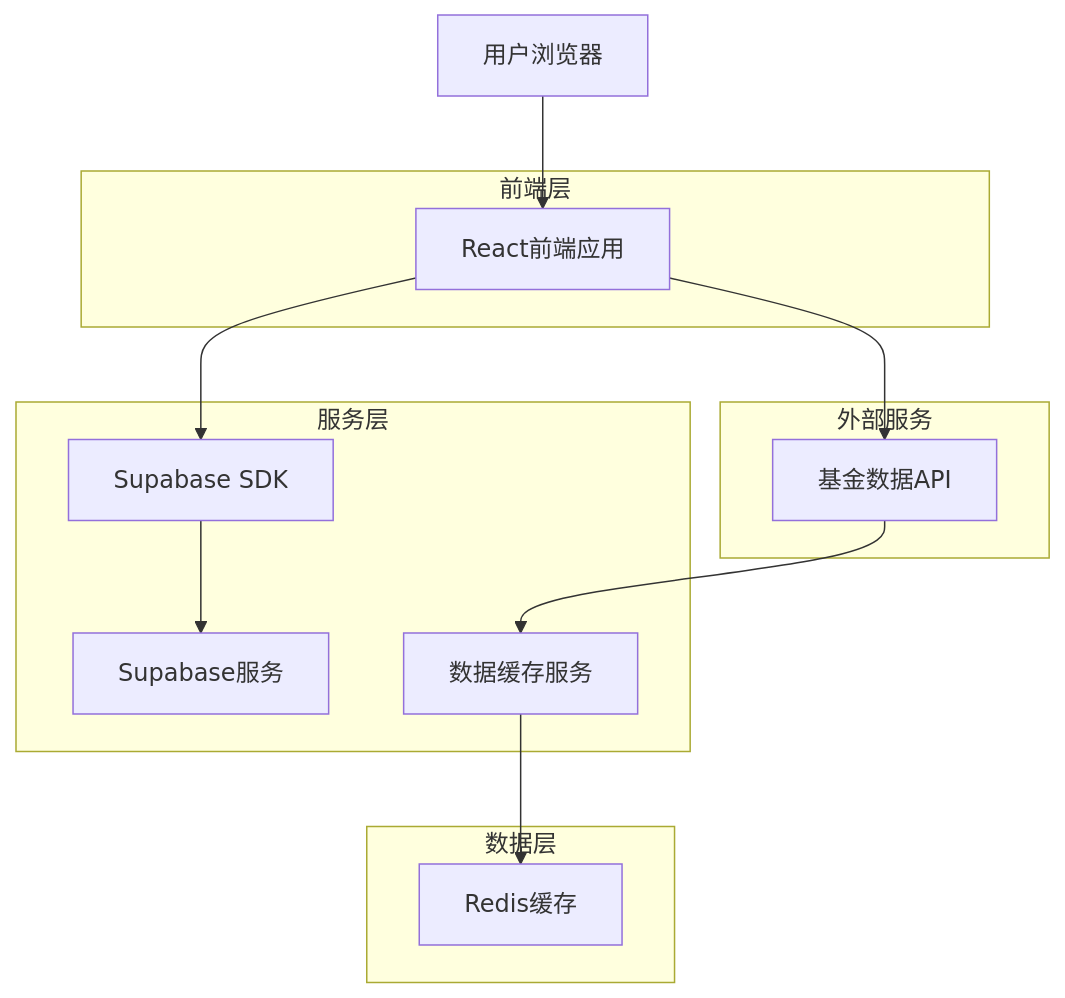
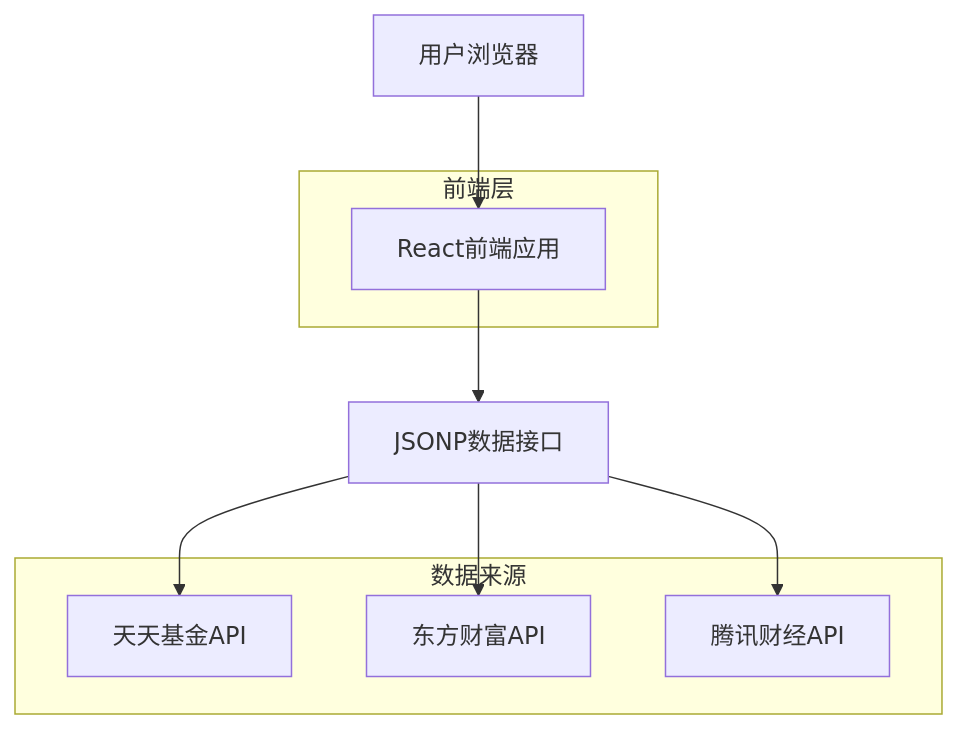
Before and after one commit to LiangCY/fund-valuation: the diagram in .trae/documents/tech-spec.md, drawn with Mermaid. The commit also changed other lines of this file and 18 other files, not shown here.

````diff
--- a/.trae/documents/tech-spec.md
+++ b/.trae/documents/tech-spec.md
@@ -3,27 +3,18 @@
 ```mermaid
 graph TD
   A[用户浏览器] --> B[React前端应用]
-  B --> C[Supabase SDK]
-  C --> D[Supabase服务]
-  B --> E[基金数据API]
-  E --> F[数据缓存服务]
-  F --> G[Redis缓存]
+  B --> C[JSONP数据接口]
+  C --> D[天天基金API]
+  C --> E[东方财富API]
+  C --> F[腾讯财经API]
 
   subgraph "前端层"
     B
   end
 
-  subgraph "服务层"
-    C
+  subgraph "数据来源"
     D
+    E
     F
   end
-
-  subgraph "外部服务"
-    E
-  end
-
-  subgraph "数据层"
-    G
-  end
 ```
````
